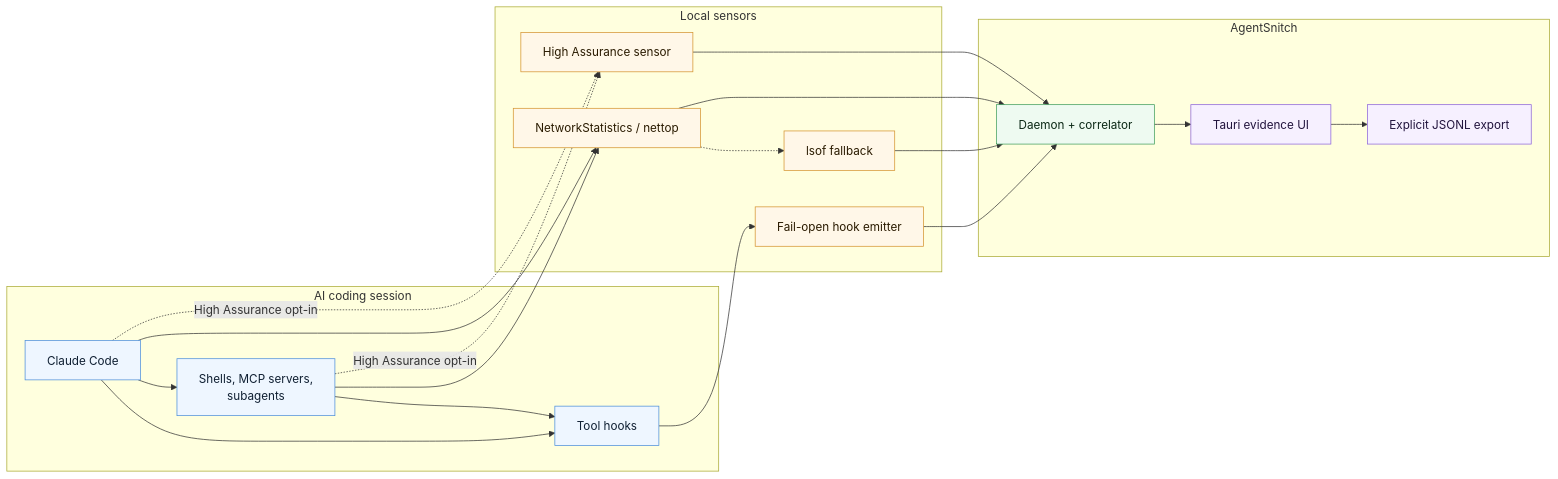
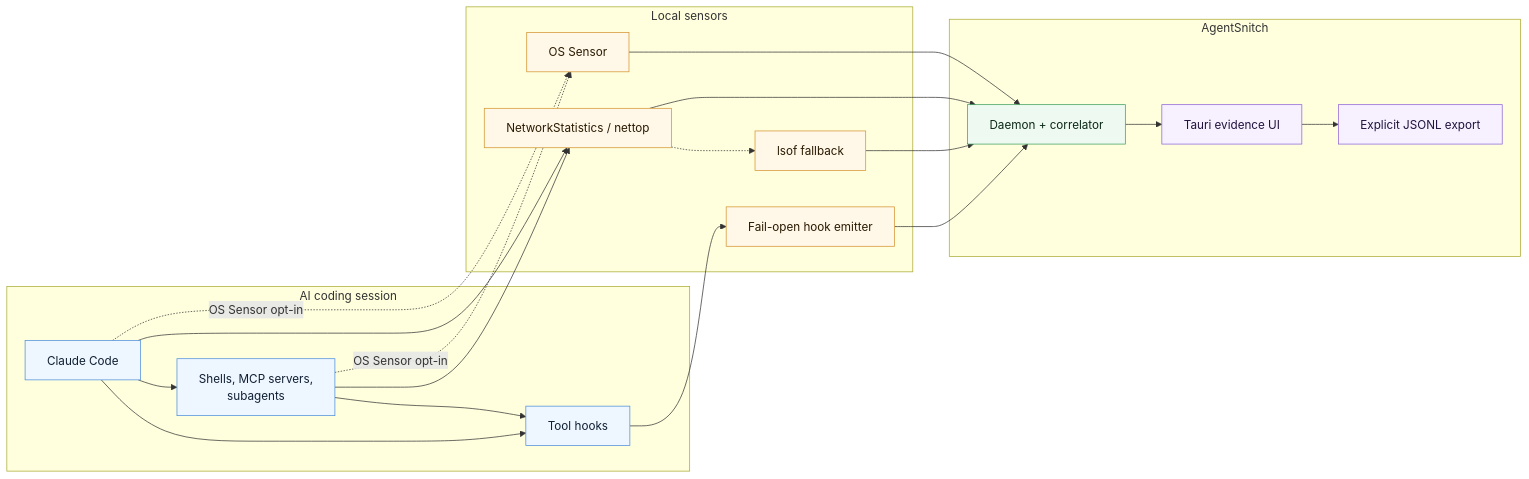
The diagram in readme.md (somoore/agentsnitch), drawn with Mermaid before and after one commit. The commit also changed other lines of this file and 47 other files, not shown here.

````diff
--- a/readme.md
+++ b/readme.md
@@ -61,47 +85,47 @@
 ```mermaid
 flowchart LR
     classDef agent fill:#eef6ff,stroke:#4c8eda,color:#102033
     classDef sensor fill:#fff7e8,stroke:#d4942f,color:#2a1b00
     classDef core fill:#eefaf1,stroke:#3f9d5c,color:#0b2815
     classDef ui fill:#f6f0ff,stroke:#8c63d8,color:#21133d
 
     subgraph A["AI coding session"]
         Claude["Claude Code"]
         Hooks["Tool hooks"]
         Children["Shells, MCP servers,<br/>subagents"]
     end
 
     subgraph S["Local sensors"]
         Emitter["Fail-open hook emitter"]
         NetStats["NetworkStatistics / nettop"]
         Lsof["lsof fallback"]
-        Sensor["High Assurance sensor"]
+        Sensor["OS Sensor"]
     end
 
     subgraph C["AgentSnitch"]
         Daemon["Daemon + correlator"]
         UI["Tauri evidence UI"]
         Export["Explicit JSONL export"]
     end
 
     Claude --> Hooks
     Hooks --> Emitter
     Claude --> Children
     Children --> Hooks
     Claude --> NetStats
     Children --> NetStats
     NetStats -.-> Lsof
-    Claude -.->|"High Assurance opt-in"| Sensor
-    Children -.->|"High Assurance opt-in"| Sensor
+    Claude -.->|"OS Sensor opt-in"| Sensor
+    Children -.->|"OS Sensor opt-in"| Sensor
     Emitter --> Daemon
     NetStats --> Daemon
     Lsof --> Daemon
     Sensor --> Daemon
     Daemon --> UI
     UI --> Export
 
     class Claude,Hooks,Children agent
     class Emitter,NetStats,Lsof,Sensor sensor
     class Daemon core
     class UI,Export ui
 ```
````
